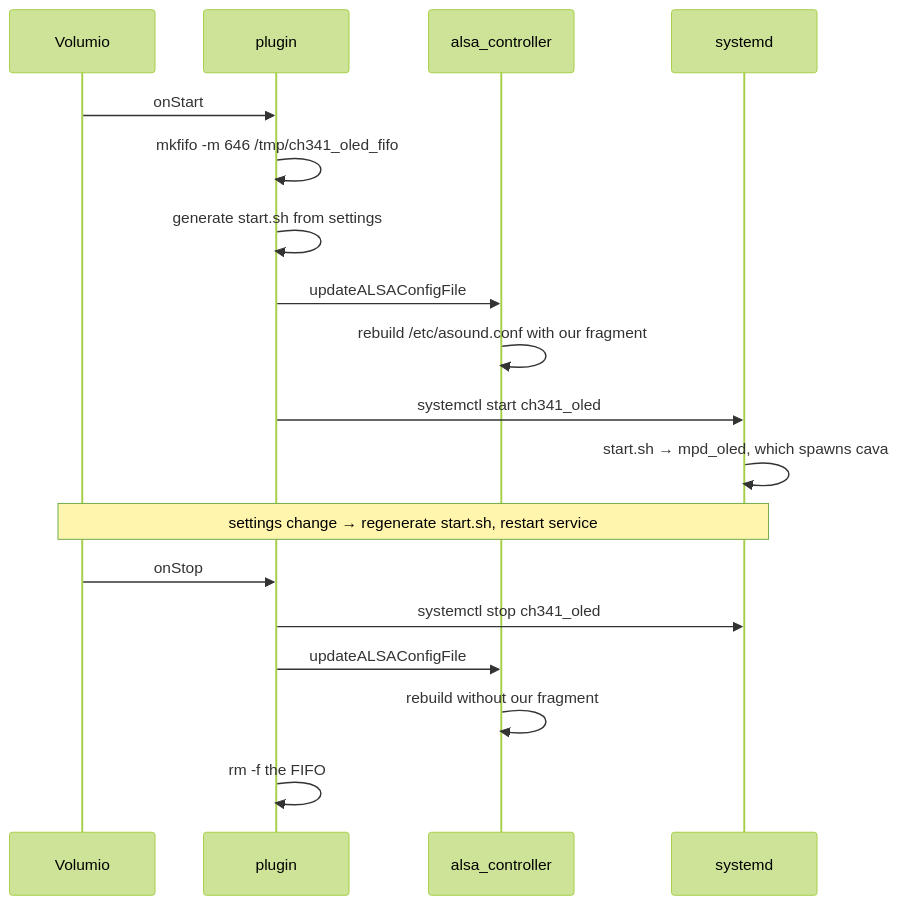
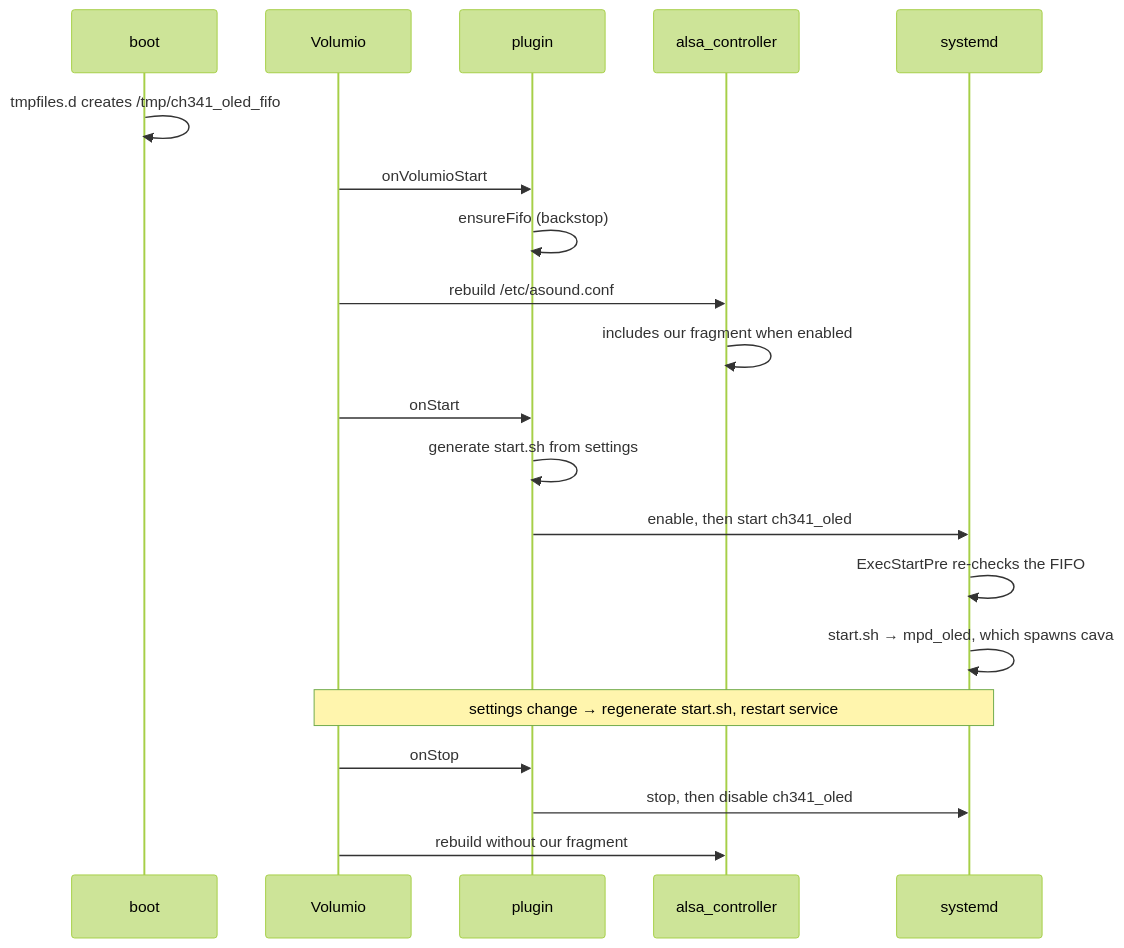
Before and after one commit to foonerd/ch341-i2c-usb: the third of 3 diagrams in ch341_oled/README.md, drawn with Mermaid (forest theme). The commit also changed other lines of this file and 6 other files, not shown here.

````diff
--- a/ch341_oled/README.md
+++ b/ch341_oled/README.md
@@ -118,20 +147,22 @@
 ```mermaid
 sequenceDiagram
+    participant B as boot
     participant V as Volumio
     participant P as plugin
     participant A as alsa_controller
     participant S as systemd
+    B->>B: tmpfiles.d creates /tmp/ch341_oled_fifo
+    V->>P: onVolumioStart
+    P->>P: ensureFifo (backstop)
+    V->>A: rebuild /etc/asound.conf
+    A->>A: includes our fragment when enabled
     V->>P: onStart
-    P->>P: mkfifo -m 646 /tmp/ch341_oled_fifo
     P->>P: generate start.sh from settings
-    P->>A: updateALSAConfigFile
-    A->>A: rebuild /etc/asound.conf with our fragment
-    P->>S: systemctl start ch341_oled
+    P->>S: enable, then start ch341_oled
+    S->>S: ExecStartPre re-checks the FIFO
     S->>S: start.sh → mpd_oled, which spawns cava
     Note over V,S: settings change → regenerate start.sh, restart service
     V->>P: onStop
-    P->>S: systemctl stop ch341_oled
-    P->>A: updateALSAConfigFile
-    A->>A: rebuild without our fragment
-    P->>P: rm -f the FIFO
+    P->>S: stop, then disable ch341_oled
+    V->>A: rebuild without our fragment
 ```
````
